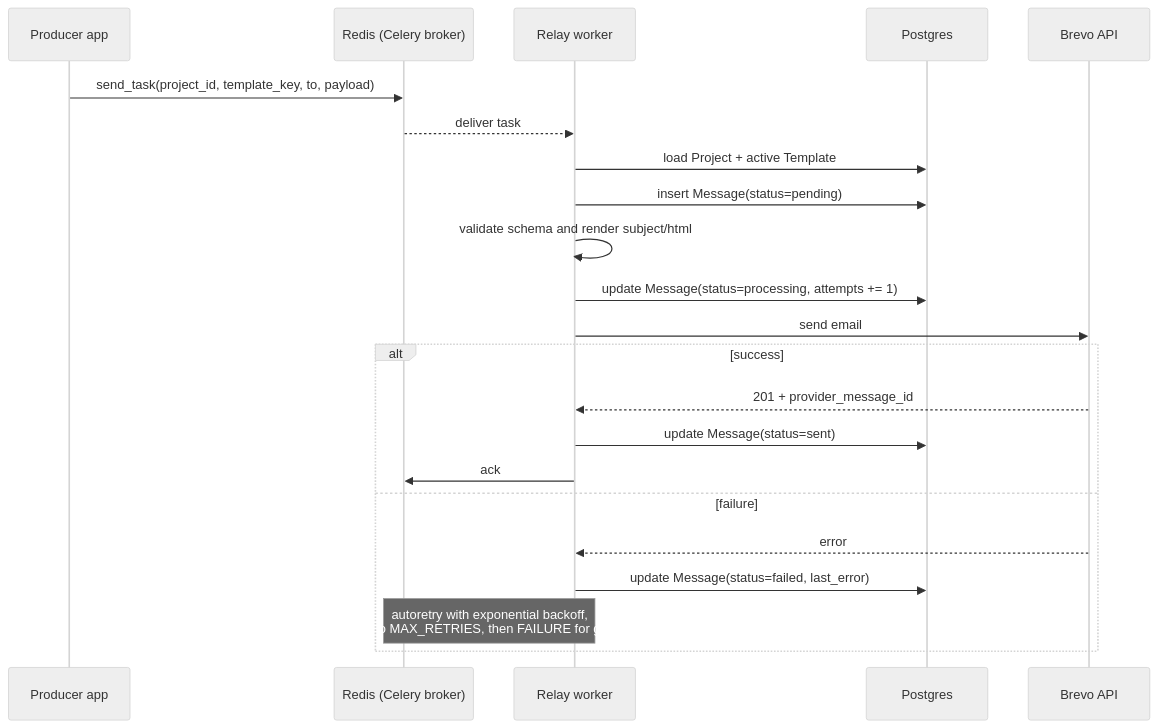
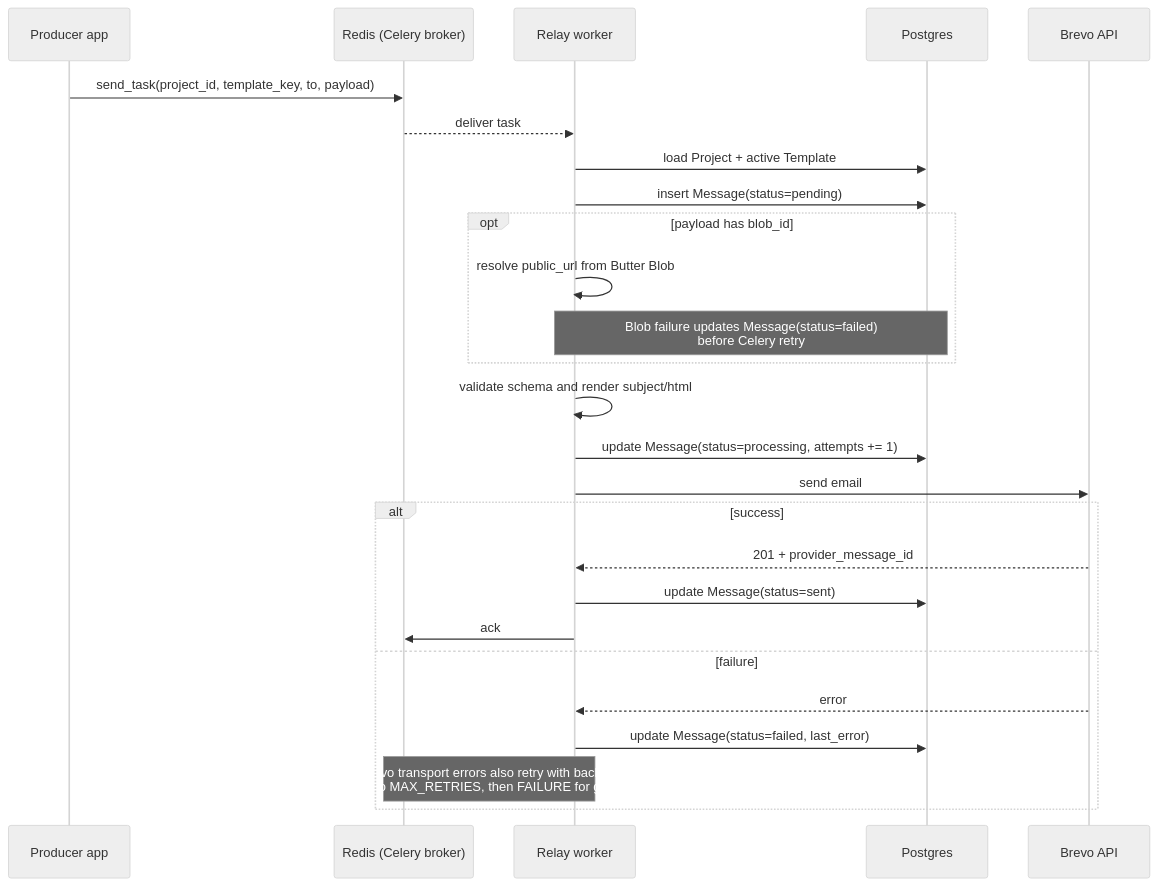
The second of 3 diagrams in README.md (acidevbutter/butter_relay), drawn with Mermaid (neutral theme) before and after one commit. The commit also changed 7 other files, not shown here.

Commit message:
hotfix/record relay failures and retry Brevo transport errors

````diff
--- a/README.md
+++ b/README.md
@@ -50,25 +50,29 @@
 ```mermaid
 sequenceDiagram
     participant App as Producer app
     participant Redis as Redis (Celery broker)
     participant W as Relay worker
     participant DB as Postgres
     participant Brevo as Brevo API
 
     App->>Redis: send_task(project_id, template_key, to, payload)
     Redis-->>W: deliver task
     W->>DB: load Project + active Template
     W->>DB: insert Message(status=pending)
+    opt payload has blob_id
+        W->>W: resolve public_url from Butter Blob
+        Note over W,DB: Blob failure updates Message(status=failed)<br/>before Celery retry
+    end
     W->>W: validate schema and render subject/html
     W->>DB: update Message(status=processing, attempts += 1)
     W->>Brevo: send email
     alt success
         Brevo-->>W: 201 + provider_message_id
         W->>DB: update Message(status=sent)
         W->>Redis: ack
     else failure
         Brevo-->>W: error
         W->>DB: update Message(status=failed, last_error)
-        Note over W,Redis: autoretry with exponential backoff,<br/>up to MAX_RETRIES, then FAILURE for good
+        Note over W,Redis: Brevo transport errors also retry with backoff,<br/>up to MAX_RETRIES, then FAILURE for good
     end
 ```
````
